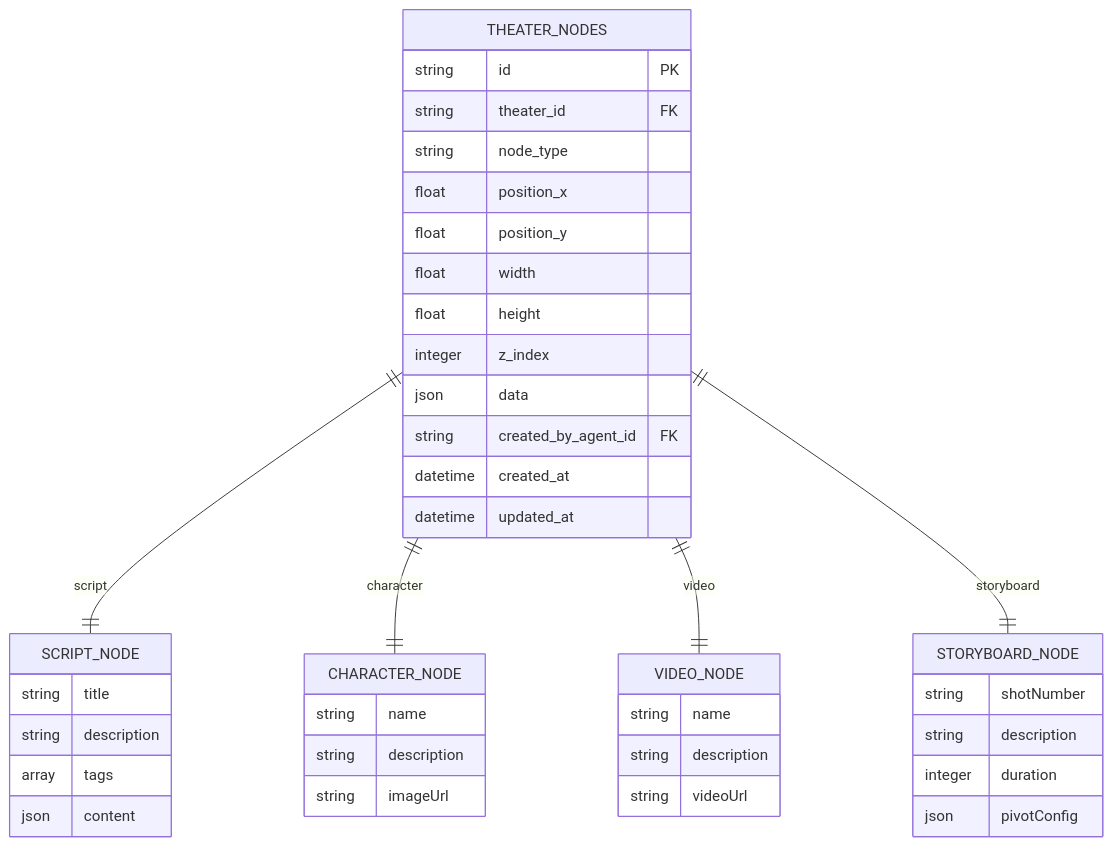
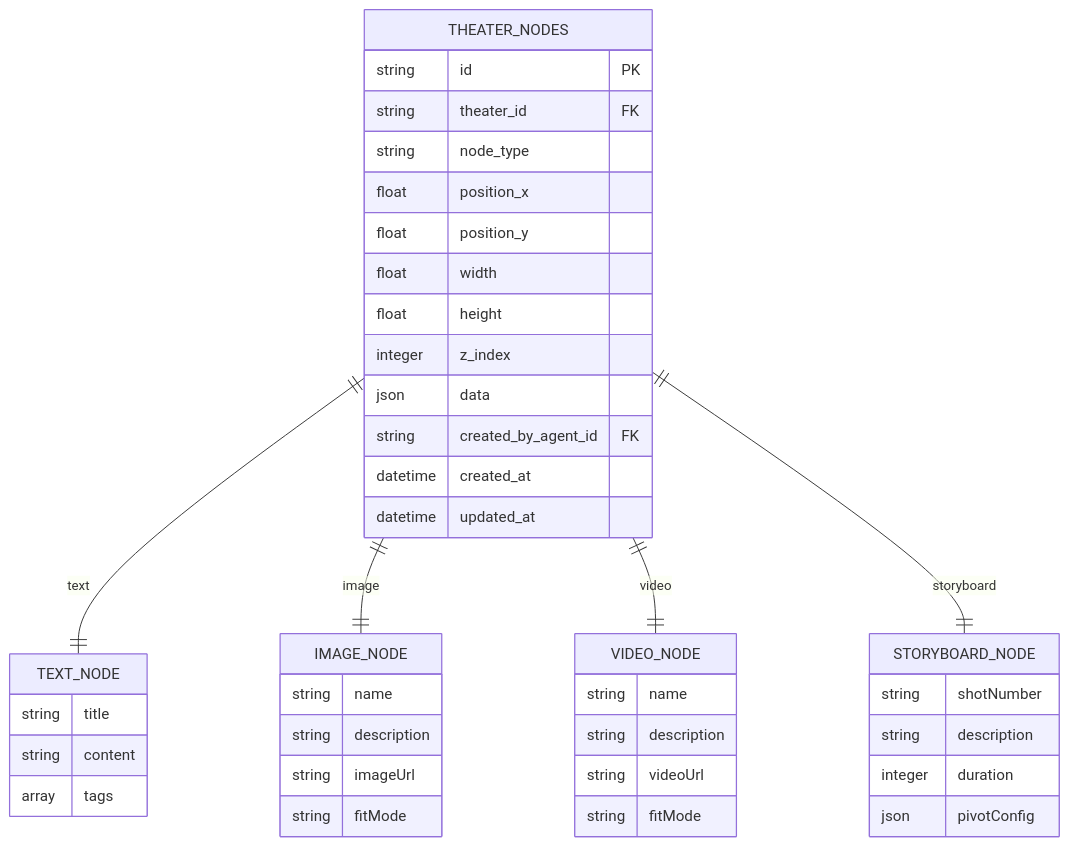
One commit to KunLabAI/KunFlix changed the fourth of 7 diagrams in .qoder/repowiki/zh/content/后端开发指南/画布工具服务.md. Above: the diagram before and after it, drawn with Mermaid. The commit also changed other lines of this file and 12 other files, not shown here.

````diff
--- a/.qoder/repowiki/zh/content/后端开发指南/画布工具服务.md
+++ b/.qoder/repowiki/zh/content/后端开发指南/画布工具服务.md
@@ -226,43 +247,44 @@
 ```mermaid
 erDiagram
 THEATER_NODES {
 string id PK
 string theater_id FK
 string node_type
 float position_x
 float position_y
 float width
 float height
 integer z_index
 json data
 string created_by_agent_id FK
 datetime created_at
 datetime updated_at
 }
-SCRIPT_NODE {
+TEXT_NODE {
 string title
-string description
+string content
 array tags
-json content
 }
-CHARACTER_NODE {
+IMAGE_NODE {
 string name
 string description
 string imageUrl
+string fitMode
 }
 VIDEO_NODE {
 string name
 string description
 string videoUrl
+string fitMode
 }
 STORYBOARD_NODE {
 string shotNumber
 string description
 integer duration
 json pivotConfig
 }
-THEATER_NODES ||--|| SCRIPT_NODE : "script"
-THEATER_NODES ||--|| CHARACTER_NODE : "character"
+THEATER_NODES ||--|| TEXT_NODE : "text"
+THEATER_NODES ||--|| IMAGE_NODE : "image"
 THEATER_NODES ||--|| VIDEO_NODE : "video"
 THEATER_NODES ||--|| STORYBOARD_NODE : "storyboard"
 ```
````
